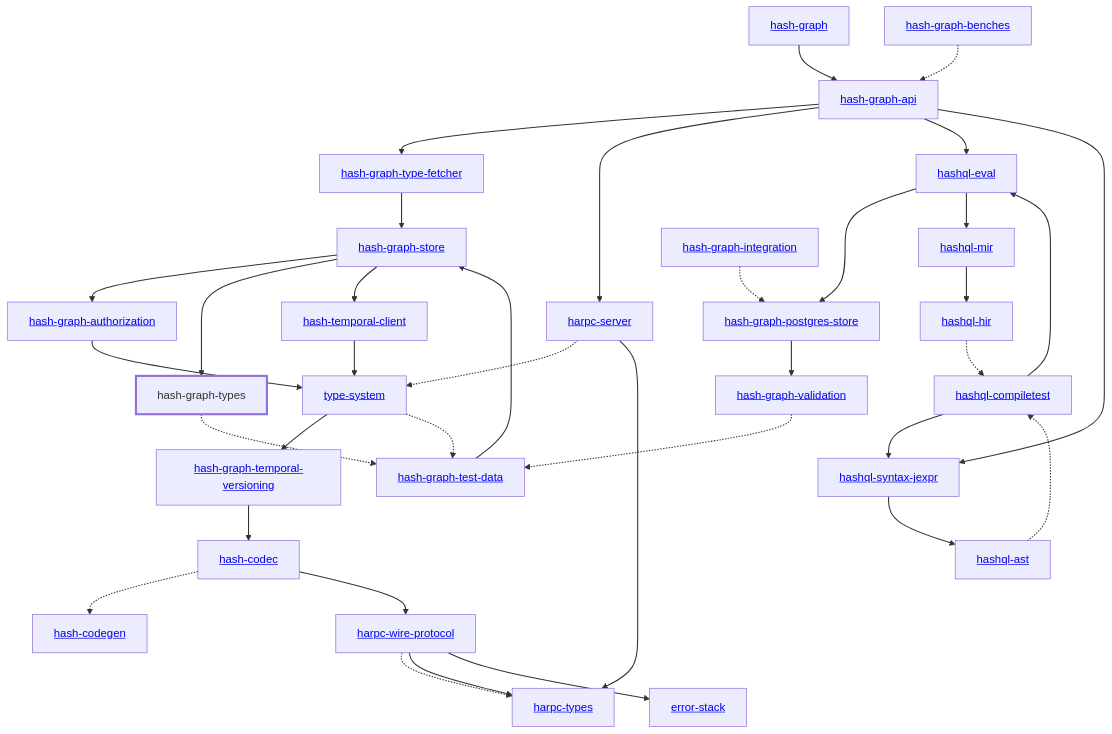
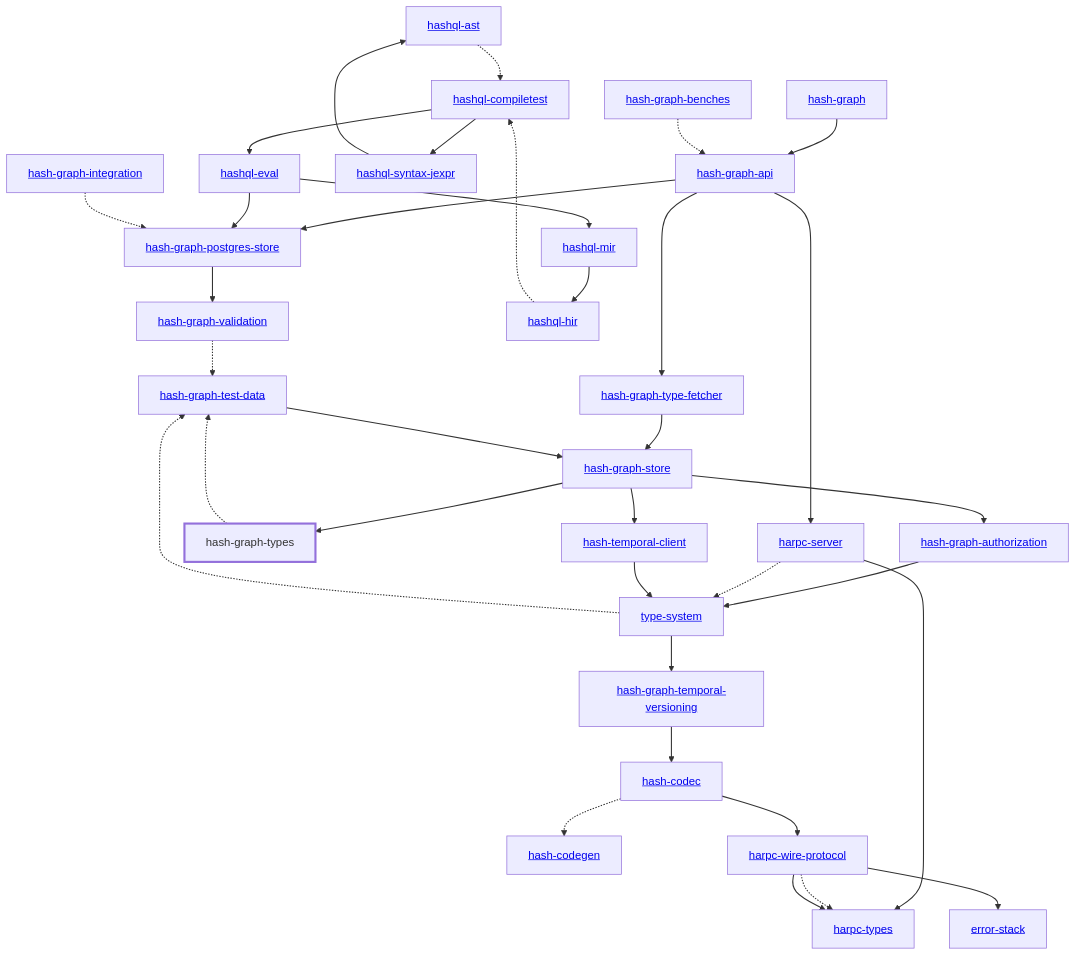
Before and after one commit to hashintel/hash: the diagram in libs/@local/graph/types/docs/dependency-diagram.mmd, drawn with Mermaid. The commit also changed 26 other files, not shown here.

```diff
--- a/libs/@local/graph/types/docs/dependency-diagram.mmd
+++ b/libs/@local/graph/types/docs/dependency-diagram.mmd
@@ -1,72 +1,71 @@
 graph TD
     linkStyle default stroke-width:1.5px
     classDef default stroke-width:1px
     classDef root stroke-width:3px
     classDef dev stroke-width:1px
     classDef build stroke-width:1px
     %% Legend
     %% --> : Normal dependency
     %% -.-> : Dev dependency
     %% ---> : Build dependency
     0[<a href="../hash_graph/index.html">hash-graph</a>]
     1[<a href="../type_system/index.html">type-system</a>]
     2[<a href="../hash_codec/index.html">hash-codec</a>]
     3[<a href="../hash_codegen/index.html">hash-codegen</a>]
     4[<a href="../hash_graph_api/index.html">hash-graph-api</a>]
     5[<a href="../hash_graph_authorization/index.html">hash-graph-authorization</a>]
     6[<a href="../hash_graph_postgres_store/index.html">hash-graph-postgres-store</a>]
     7[<a href="../hash_graph_store/index.html">hash-graph-store</a>]
     8[<a href="../hash_graph_temporal_versioning/index.html">hash-graph-temporal-versioning</a>]
     9[<a href="../hash_graph_type_fetcher/index.html">hash-graph-type-fetcher</a>]
     10[hash-graph-types]
     class 10 root
     11[<a href="../hash_graph_validation/index.html">hash-graph-validation</a>]
     12[<a href="../harpc_server/index.html">harpc-server</a>]
     13[<a href="../harpc_types/index.html">harpc-types</a>]
     14[<a href="../harpc_wire_protocol/index.html">harpc-wire-protocol</a>]
     15[<a href="../hashql_ast/index.html">hashql-ast</a>]
     16[<a href="../hashql_compiletest/index.html">hashql-compiletest</a>]
     17[<a href="../hashql_eval/index.html">hashql-eval</a>]
     18[<a href="../hashql_hir/index.html">hashql-hir</a>]
     19[<a href="../hashql_mir/index.html">hashql-mir</a>]
     20[<a href="../hashql_syntax_jexpr/index.html">hashql-syntax-jexpr</a>]
     21[<a href="../hash_temporal_client/index.html">hash-temporal-client</a>]
     22[<a href="../error_stack/index.html">error-stack</a>]
     23[<a href="../hash_graph_benches/index.html">hash-graph-benches</a>]
     24[<a href="../hash_graph_integration/index.html">hash-graph-integration</a>]
     25[<a href="../hash_graph_test_data/index.html">hash-graph-test-data</a>]
     0 --> 4
     1 --> 8
     1 -.-> 25
     2 -.-> 3
     2 --> 14
+    4 --> 6
     4 --> 9
     4 --> 12
-    4 --> 17
-    4 --> 20
     5 --> 1
     6 --> 11
     7 --> 5
     7 --> 10
     7 --> 21
     8 --> 2
     9 --> 7
     10 -.-> 25
     11 -.-> 25
     12 -.-> 1
     12 --> 13
     14 -.-> 13
     14 --> 13
     14 --> 22
     15 -.-> 16
     16 --> 17
     16 --> 20
     17 --> 6
     17 --> 19
     18 -.-> 16
     19 --> 18
     20 --> 15
     21 --> 1
     23 -.-> 4
     24 -.-> 6
     25 --> 7
```
